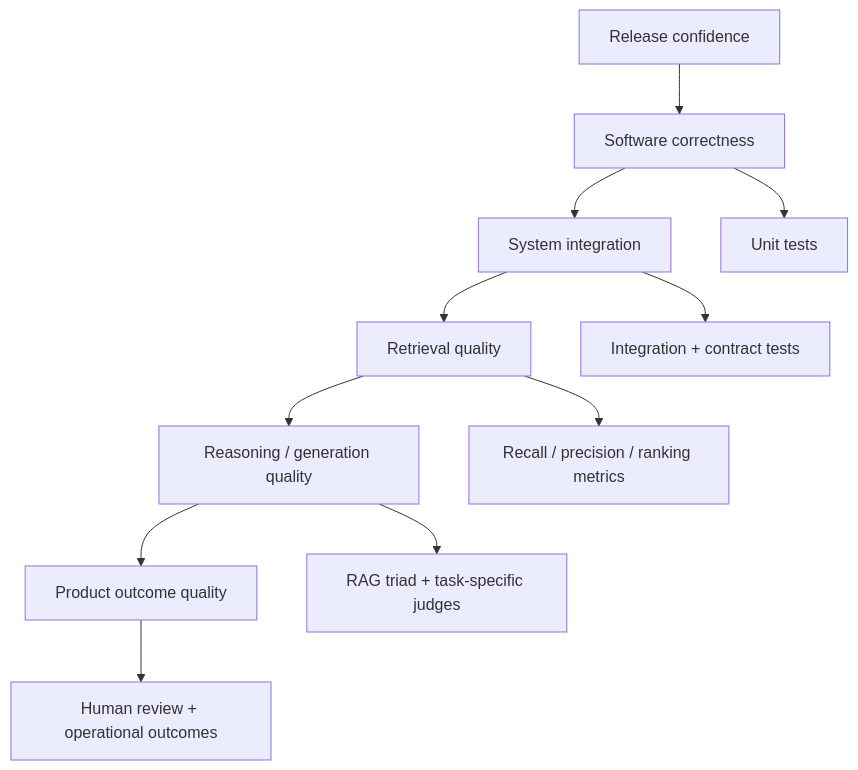
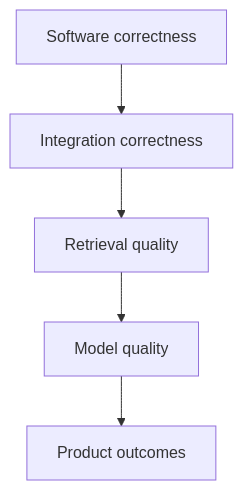
Before and after one commit to kumarchandansingh/tropos: the first of 2 diagrams in docs/quality/EVAL_STRATEGY.md, drawn with Mermaid. The commit also changed other lines of this file and 13 other files, not shown here.

````diff
--- a/docs/quality/EVAL_STRATEGY.md
+++ b/docs/quality/EVAL_STRATEGY.md
@@ -7,15 +7,8 @@
 ```mermaid
 flowchart TB
-    Q[Release confidence]
-    --> SW[Software correctness]
-    --> SYS[System integration]
+    SW[Software correctness]
+    --> INT[Integration correctness]
     --> RET[Retrieval quality]
-    --> AI[Reasoning / generation quality]
-    --> PROD[Product outcome quality]
-
-    SW --> U[Unit tests]
-    SYS --> I[Integration + contract tests]
-    RET --> IR[Recall / precision / ranking metrics]
-    AI --> RAG[RAG triad + task-specific judges]
-    PROD --> H[Human review + operational outcomes]
+    --> AI[Model quality]
+    --> PROD[Product outcomes]
 ```
````
